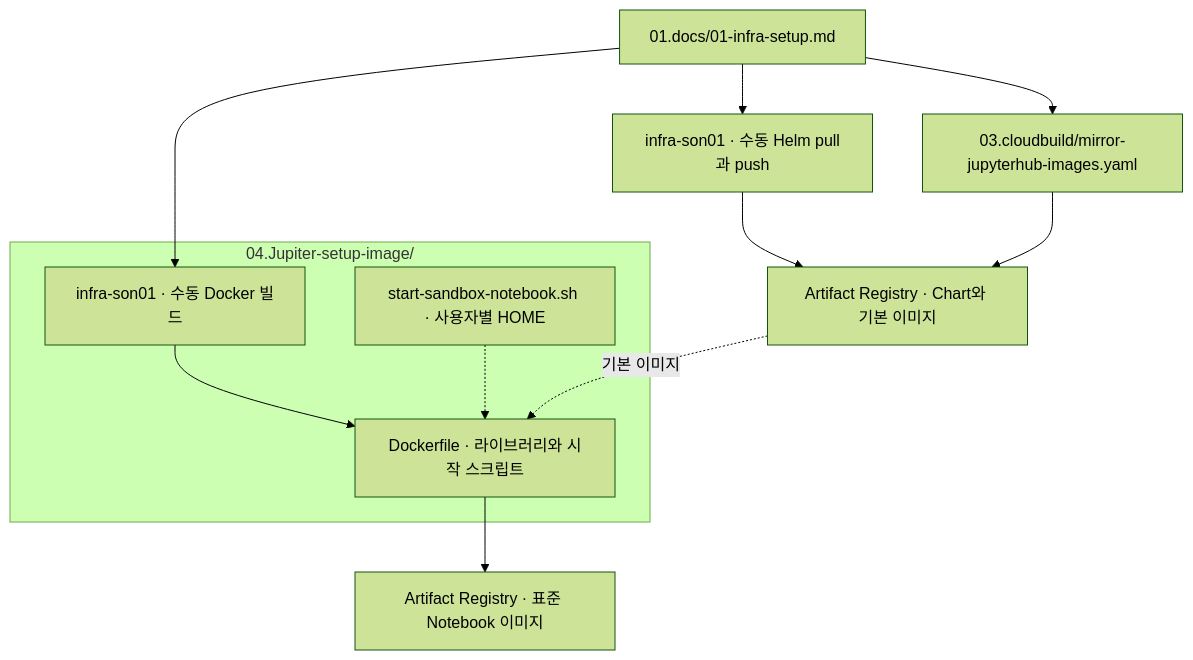
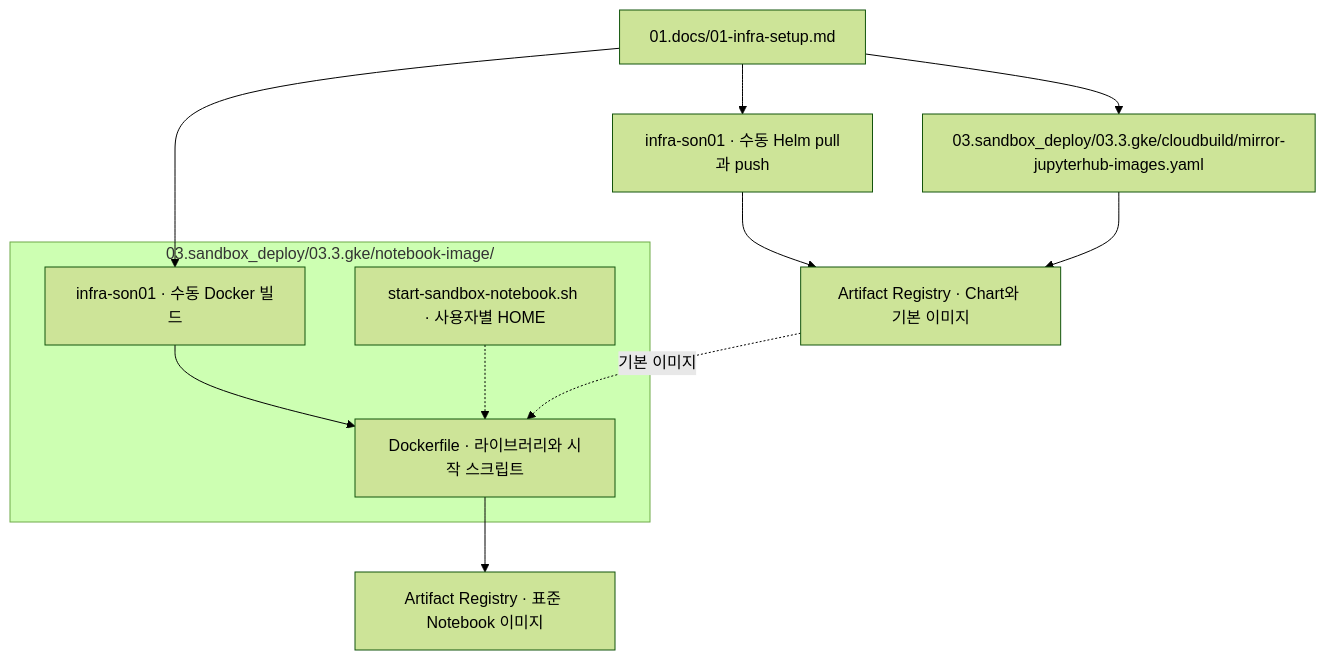
One commit to sonmap/https-github.com-sonmap-GCP_SBX_Test02 changed the third of 6 diagrams in 01.docs/reference/file-relationships.md. Above: the diagram before and after it, drawn with Mermaid (forest theme). The commit also changed other lines of this file and 78 other files, not shown here.

````diff
--- a/01.docs/reference/file-relationships.md
+++ b/01.docs/reference/file-relationships.md
@@ -60,19 +60,19 @@
 ```mermaid
 flowchart TD
     OP["01.docs/01-infra-setup.md"]
     CH["infra-son01 · 수동 Helm pull과 push"]
-    MI["03.cloudbuild/mirror-jupyterhub-images.yaml"]
+    MI["03.sandbox_deploy/03.3.gke/cloudbuild/mirror-jupyterhub-images.yaml"]
     AR["Artifact Registry · Chart와 기본 이미지"]
     OP --> CH --> AR
     OP --> MI --> AR
-    subgraph NB["04.Jupiter-setup-image/"]
+    subgraph NB["03.sandbox_deploy/03.3.gke/notebook-image/"]
       CB["infra-son01 · 수동 Docker 빌드"]
       DF["Dockerfile · 라이브러리와 시작 스크립트"]
       SH["start-sandbox-notebook.sh · 사용자별 HOME"]
       CB --> DF
       SH -.-> DF
     end
     OP --> CB
     AR -. "기본 이미지" .-> DF
     DF --> OUT["Artifact Registry · 표준 Notebook 이미지"]
 ```
````
